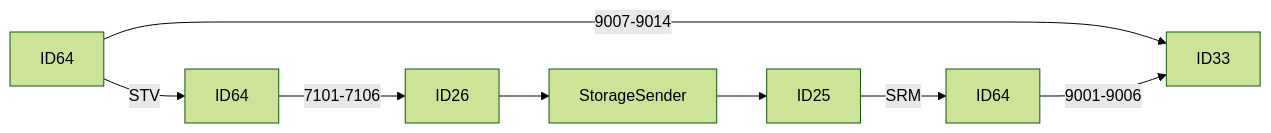
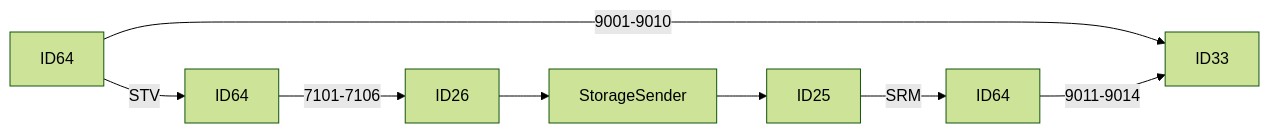
Before and after one commit to luthfiadityaa/SimeDarby-Wiki: the third of 24 diagrams in Basic-Design/DFD-WMS/Storage/Unplanned-Storage/Unplanned-Storage-from-OP-Area.md, drawn with Mermaid (forest theme).

Commit message:
Updated Unplanned Storage from OP Area

```diff
--- a/Basic-Design/DFD-WMS/Storage/Unplanned-Storage/Unplanned-Storage-from-OP-Area.md
+++ b/Basic-Design/DFD-WMS/Storage/Unplanned-Storage/Unplanned-Storage-from-OP-Area.md
@@ -30,7 +30,7 @@
 ::: mermaid
 flowchart LR 
 P18[ID64]--> |STV| P19[ID64]--> |7101-7106| P20[ID26]-->P21[StorageSender]-->P22[ID25]--> |SRM| P23[ID64]
 
-P18[ID64]--> |9007-9014| P14[ID33]
-P23[ID64]--> |9001-9006|P14[ID33]
+P18[ID64]--> |9001-9010| P14[ID33]
+P23[ID64]--> |9011-9014|P14[ID33]
 :::
```
